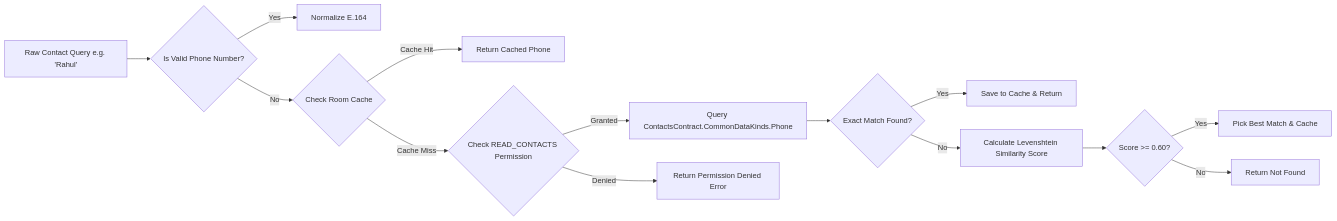
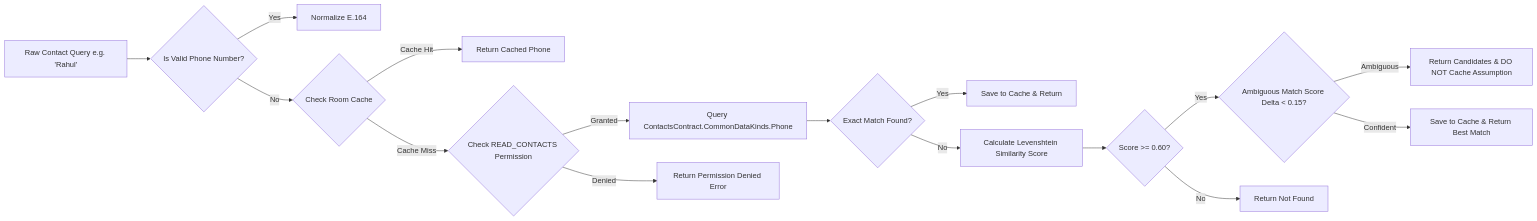
The third of 3 diagrams in README.md (gintama1018/ANDROID-CLI-APPLICATION), drawn with Mermaid before and after one commit. The commit also changed other lines of this file and 12 other files, not shown here.

````diff
--- a/README.md
+++ b/README.md
@@ -130,20 +139,22 @@
 ```mermaid
 flowchart LR
     A[Raw Contact Query e.g. 'Rahul'] --> B{Is Valid Phone Number?}
     B -- Yes --> C[Normalize E.164]
     B -- No --> D{Check Room Cache}
     
     D -- Cache Hit --> E[Return Cached Phone]
     D -- Cache Miss --> F{Check READ_CONTACTS Permission}
     
     F -- Granted --> G[Query ContactsContract.CommonDataKinds.Phone]
     F -- Denied --> H[Return Permission Denied Error]
     
     G --> I{Exact Match Found?}
     I -- Yes --> J[Save to Cache & Return]
     I -- No --> K[Calculate Levenshtein Similarity Score]
     
     K --> L{Score >= 0.60?}
-    L -- Yes --> M[Pick Best Match & Cache]
-    L -- No --> N[Return Not Found]
+    L -- Yes --> M{Ambiguous Match Score Delta < 0.15?}
+    M -- Ambiguous --> N[Return Candidates & DO NOT Cache Assumption]
+    M -- Confident --> O[Save to Cache & Return Best Match]
+    L -- No --> P[Return Not Found]
 ```
````
